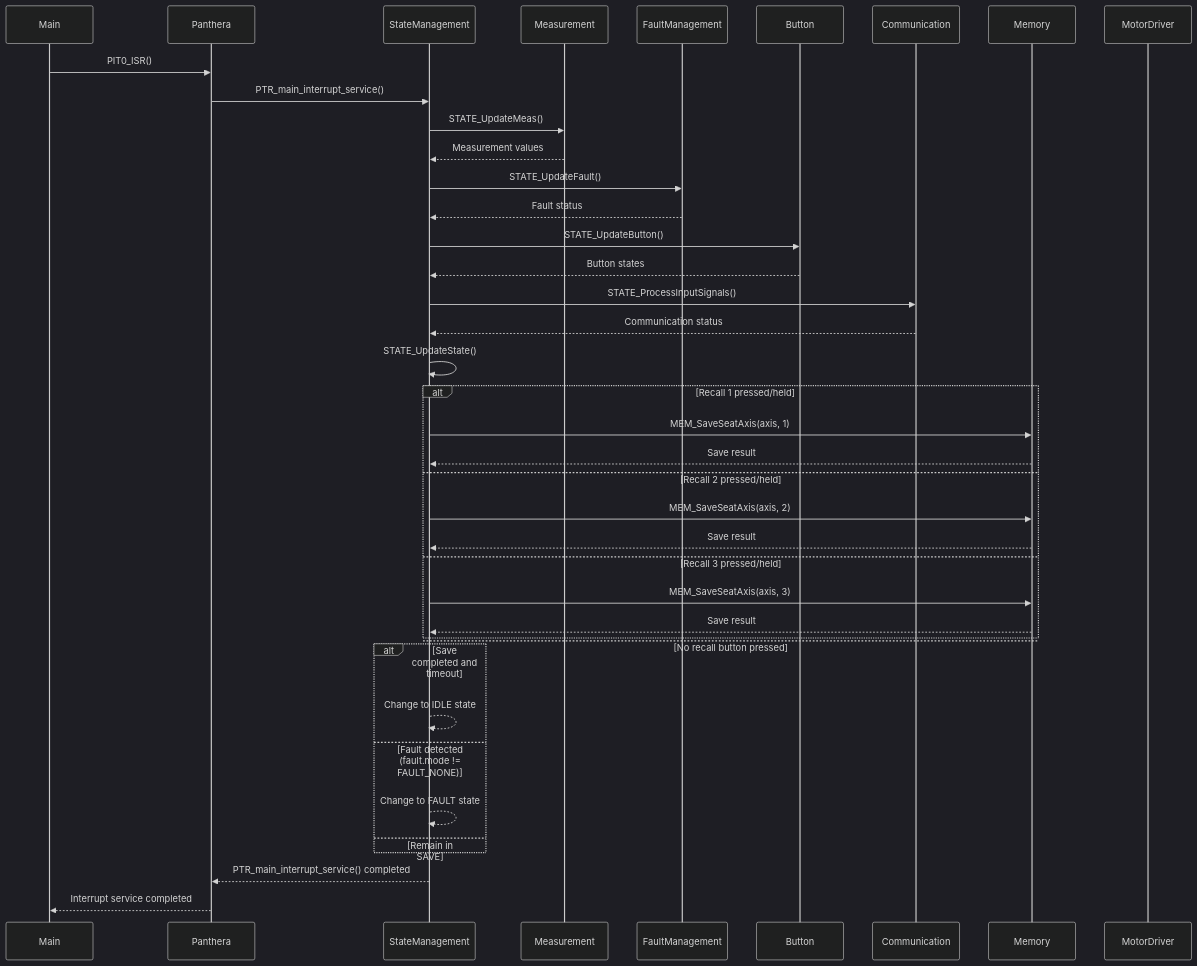
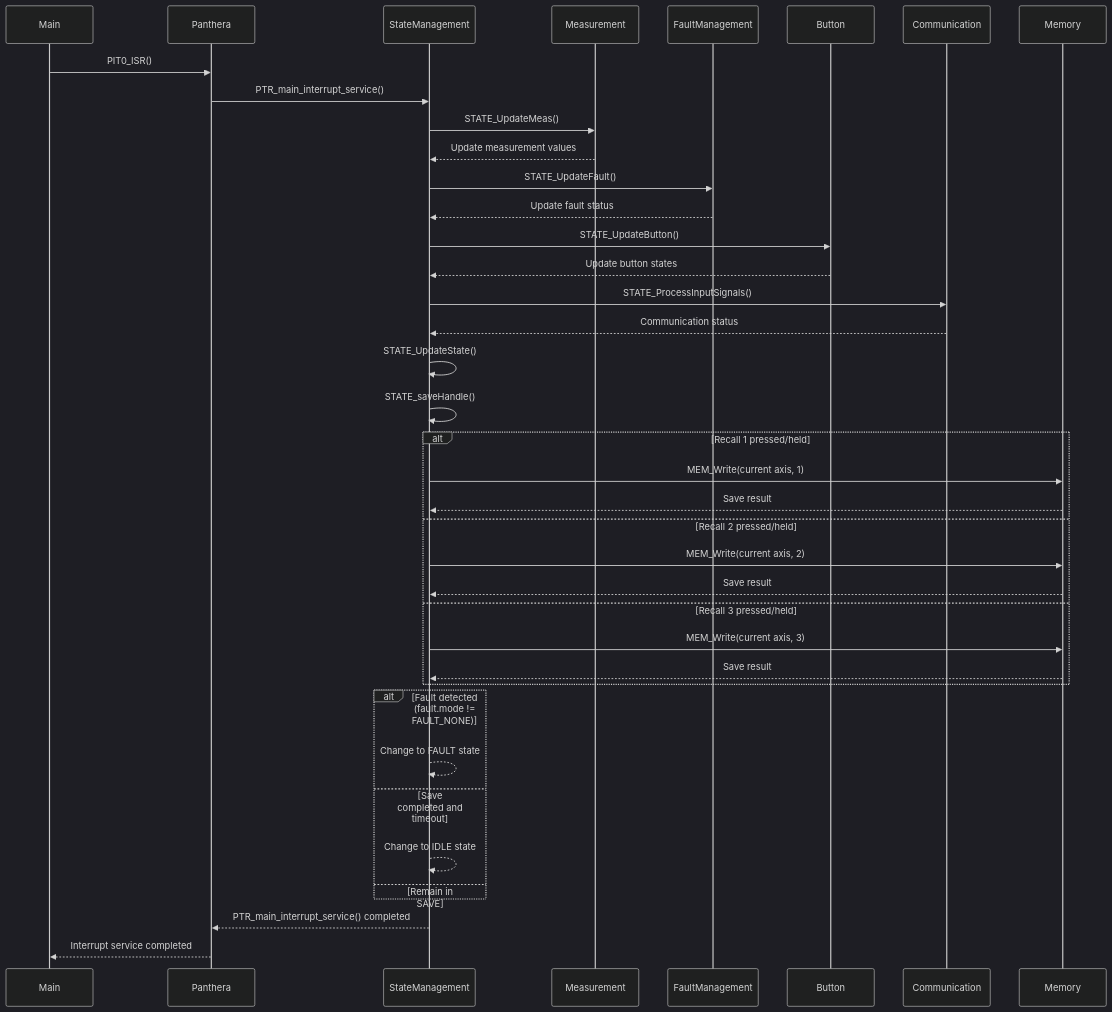
The diagram in Document/DetailState/State_Save.md (lab-vncommic/PantheraProject), drawn with Mermaid (dark theme) before and after one commit. The commit also changed 11 other files, not shown here.

````diff
--- a/Document/DetailState/State_Save.md
+++ b/Document/DetailState/State_Save.md
@@ -1,52 +1,47 @@
 ```mermaid
 sequenceDiagram
     participant Main as Main
     participant App as Panthera
     participant State as StateManagement
     participant Meas as Measurement
     participant Fault as FaultManagement
     participant Btn as Button
     participant Comm as Communication
     participant Mem as Memory
-    participant Motor as MotorDriver
 
     Main->>App: PIT0_ISR()
     App->>State: PTR_main_interrupt_service()
     State->>Meas: STATE_UpdateMeas()
-    Meas-->>State: Measurement values
-
+    Meas-->>State: Update measurement values
     State->>Fault: STATE_UpdateFault()
-    Fault-->>State: Fault status
-
+    Fault-->>State: Update fault status
     State->>Btn: STATE_UpdateButton()
-    Btn-->>State: Button states
-
+    Btn-->>State: Update button states
     State->>Comm: STATE_ProcessInputSignals()
     Comm-->>State: Communication status
 
     State->>State: STATE_UpdateState()
+    State->>State: STATE_saveHandle()
 
     %% SAVE state logic
     alt Recall 1 pressed/held
-        State->>Mem: MEM_SaveSeatAxis(axis, 1)
+        State->>Mem: MEM_Write(current axis, 1)
         Mem-->>State: Save result
     else Recall 2 pressed/held
-        State->>Mem: MEM_SaveSeatAxis(axis, 2)
+        State->>Mem: MEM_Write(current axis, 2)
         Mem-->>State: Save result
     else Recall 3 pressed/held
-        State->>Mem: MEM_SaveSeatAxis(axis, 3)
+        State->>Mem: MEM_Write(current axis, 3)
         Mem-->>State: Save result
-    else No recall button pressed
-        %% Không lưu vị trí
     end
 
-    alt Save completed and timeout
+    alt Fault detected (fault.mode != FAULT_NONE)
+        State-->>State: Change to FAULT state
+    else Save completed and timeout
         State-->>State: Change to IDLE state
-    else Fault detected (fault.mode != FAULT_NONE)
-        State-->>State: Change to FAULT state
     else Remain in SAVE
     end
 
     State-->>App: PTR_main_interrupt_service() completed
     App-->>Main: Interrupt service completed
 ```
````
